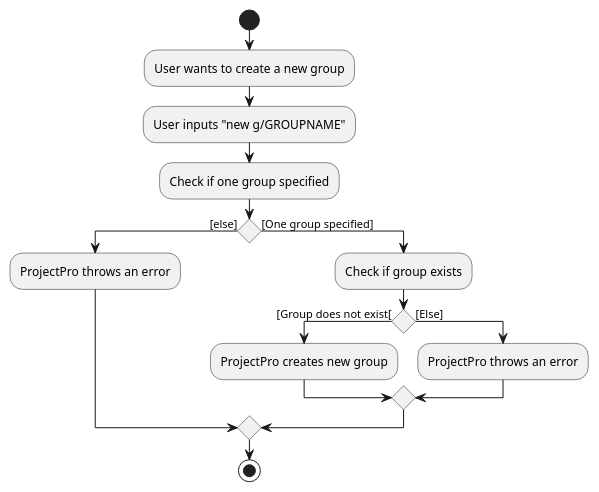
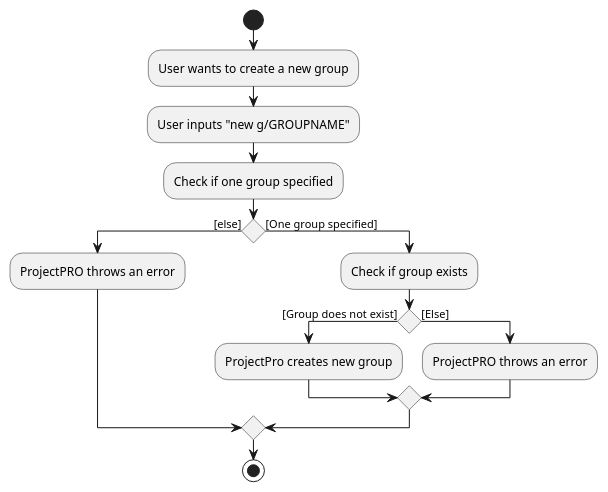
Before and after one commit to Kailash201/tp: the diagram in diagrams/CreateGroupActivityDiagram.puml, drawn with PlantUML. The commit also changed 146 other files, not shown here.

```diff
--- a/diagrams/CreateGroupActivityDiagram.puml
+++ b/diagrams/CreateGroupActivityDiagram.puml
@@ -1,20 +1,20 @@
 @startuml
 'https://plantuml.com/activity-diagram-beta
 
 start
 :User wants to create a new group;
 :User inputs "new g/GROUPNAME";
 :Check if one group specified;
 if () then ([else])
-:ProjectPro throws an error;
+:ProjectPRO throws an error;
 else ([One group specified])
 :Check if group exists;
-if () then ([Group does not exist[)
+if () then ([Group does not exist])
 :ProjectPro creates new group;
 else([Else])
-:ProjectPro throws an error;
+:ProjectPRO throws an error;
 endif
 endif
 stop
 
 @enduml
```
